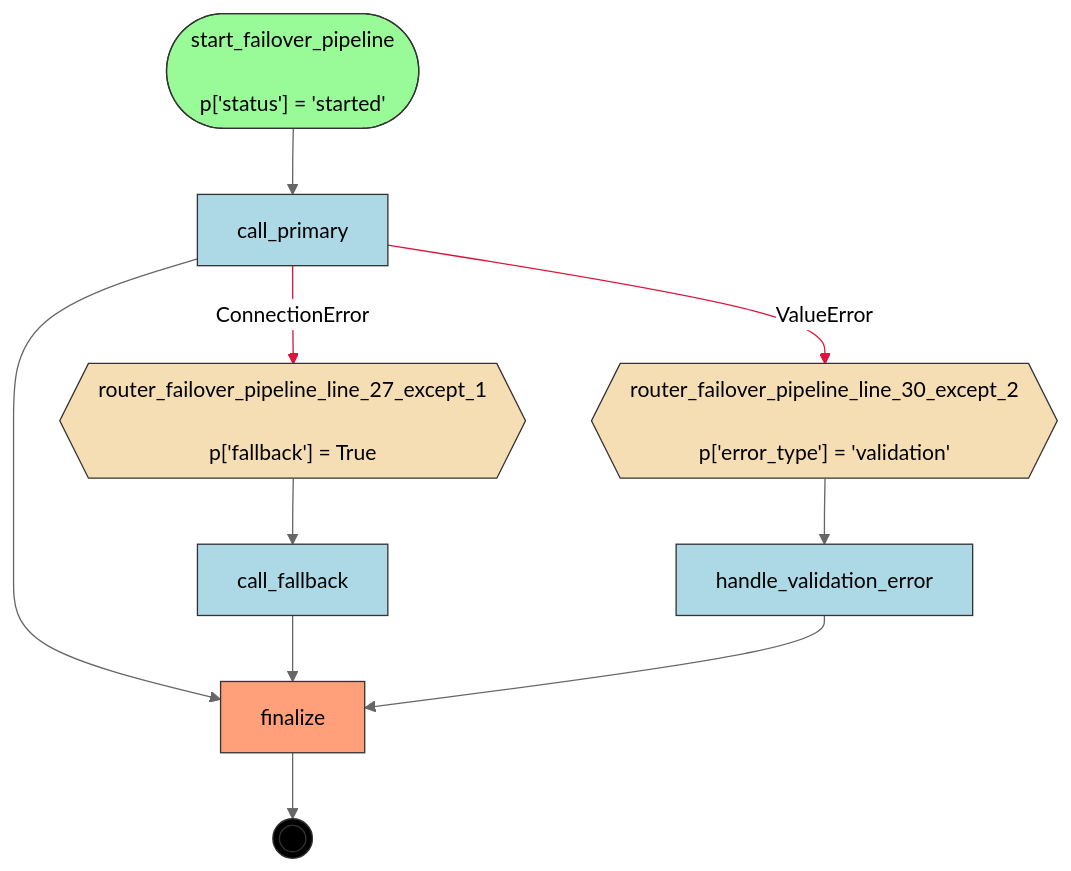
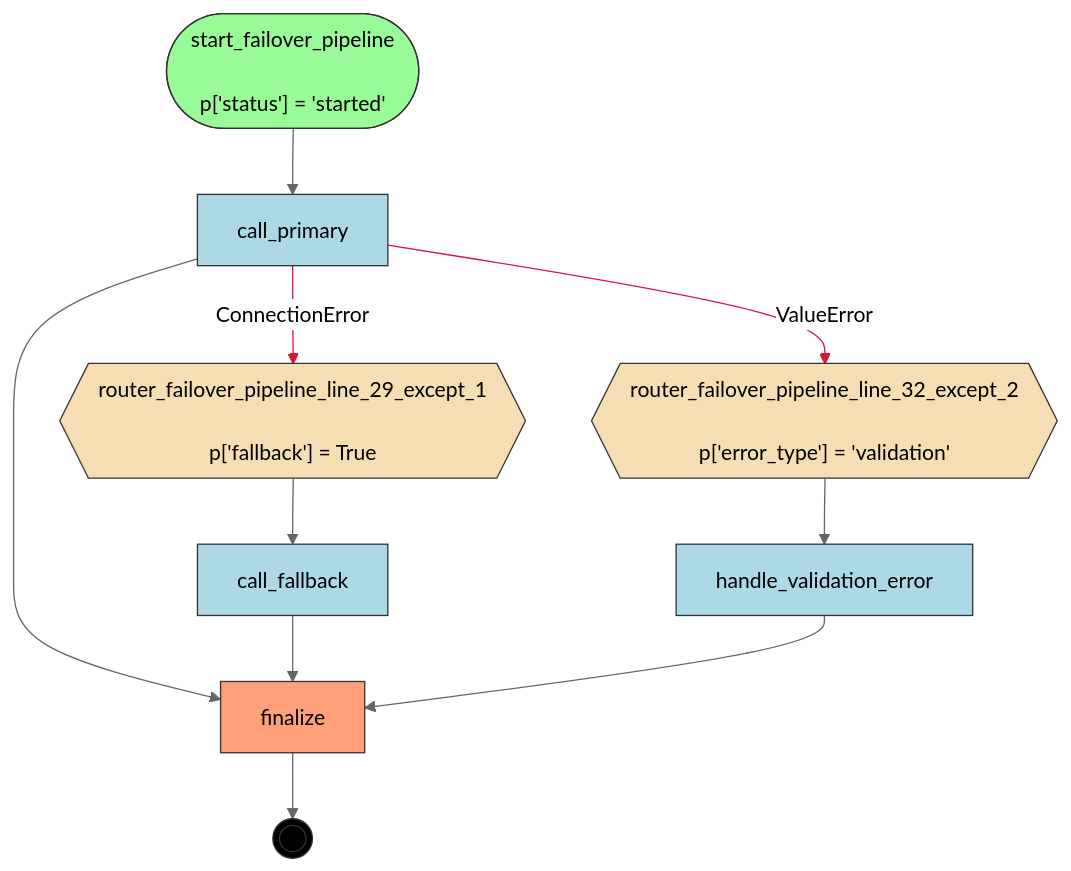
Before and after one commit to deliveryhero/asya: the diagram in examples/flows/compiled/resiliency_error_routing/flow.mmd, drawn with Mermaid (neutral theme). The commit also changed 105 other files, not shown here.

```diff
--- a/examples/flows/compiled/resiliency_error_routing/flow.mmd
+++ b/examples/flows/compiled/resiliency_error_routing/flow.mmd
@@ -1,33 +1,33 @@
 flowchart TD
     %% Flow: failover_pipeline
 
     call_fallback[call_fallback]
     call_primary[call_primary]
     finalize[finalize]
     handle_validation_error[handle_validation_error]
-    router_failover_pipeline_line_27_except_1{{"router_failover_pipeline_line_27_except_1<br/><br/>p['fallback'] = True"}}
-    router_failover_pipeline_line_30_except_2{{"router_failover_pipeline_line_30_except_2<br/><br/>p['error_type'] = 'validation'"}}
+    router_failover_pipeline_line_29_except_1{{"router_failover_pipeline_line_29_except_1<br/><br/>p['fallback'] = True"}}
+    router_failover_pipeline_line_32_except_2{{"router_failover_pipeline_line_32_except_2<br/><br/>p['error_type'] = 'validation'"}}
     start_failover_pipeline(["start_failover_pipeline<br/><br/>p['status'] = 'started'"])
     __end__((( )))
 
     start_failover_pipeline --> call_primary
     call_primary --> finalize
-    router_failover_pipeline_line_27_except_1 --> call_fallback
+    router_failover_pipeline_line_29_except_1 --> call_fallback
     call_fallback --> finalize
-    router_failover_pipeline_line_30_except_2 --> handle_validation_error
+    router_failover_pipeline_line_32_except_2 --> handle_validation_error
     handle_validation_error --> finalize
-    call_primary -->|"ConnectionError"| router_failover_pipeline_line_27_except_1
-    call_primary -->|"ValueError"| router_failover_pipeline_line_30_except_2
+    call_primary -->|"ConnectionError"| router_failover_pipeline_line_29_except_1
+    call_primary -->|"ValueError"| router_failover_pipeline_line_32_except_2
     finalize --> __end__
 
     classDef start fill:#98FB98,stroke:#333
     classDef endnode fill:#FFA07A,stroke:#333
     classDef router fill:#F5DEB3,stroke:#333
     classDef handler fill:#ADD8E6,stroke:#333
     classDef endpoint fill:#000,stroke:#333,color:#fff
     class start_failover_pipeline start
     class finalize endnode
-    class router_failover_pipeline_line_27_except_1,router_failover_pipeline_line_30_except_2 router
+    class router_failover_pipeline_line_29_except_1,router_failover_pipeline_line_32_except_2 router
     class call_fallback,call_primary,handle_validation_error handler
     class __end__ endpoint
     linkStyle 6,7 stroke:#DC143C
```
